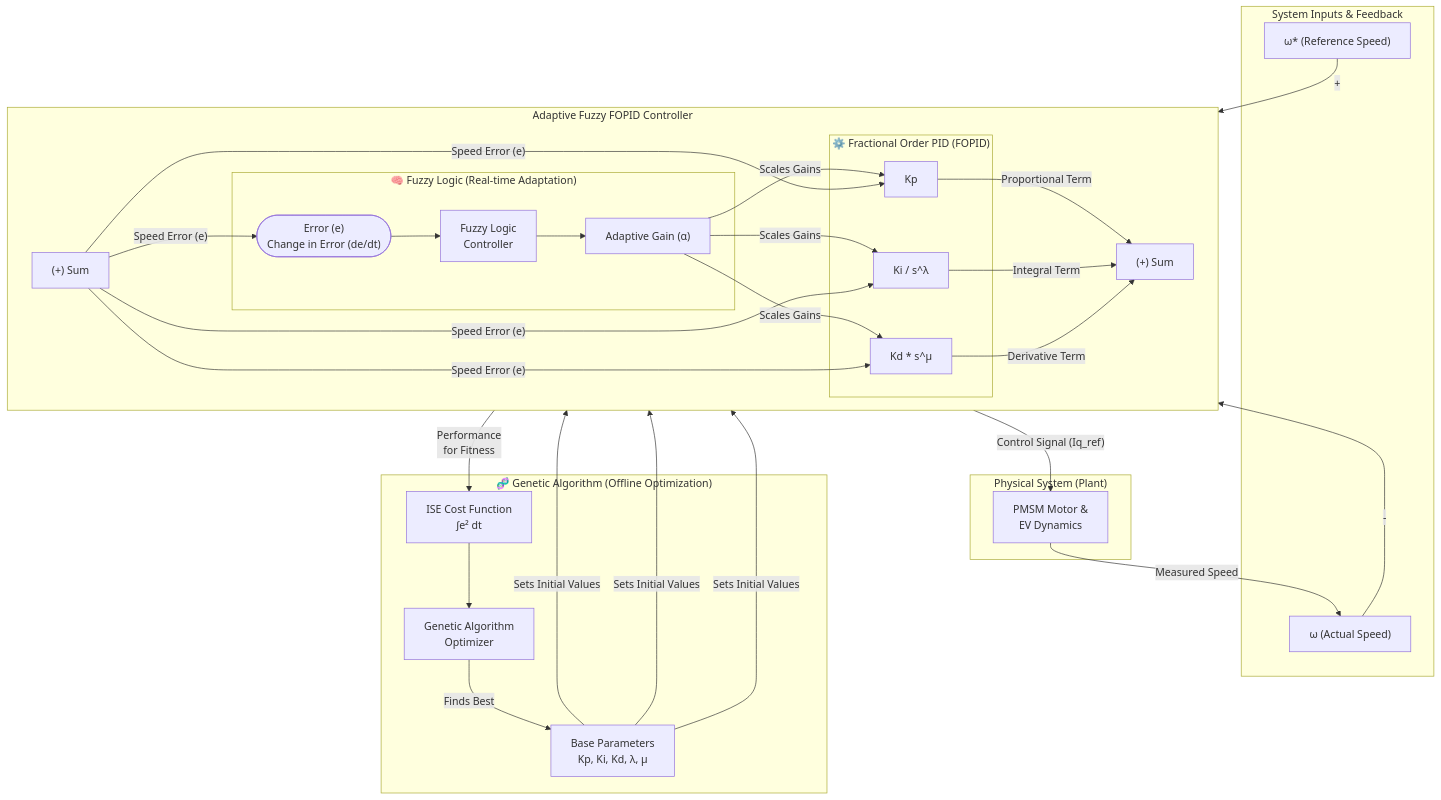
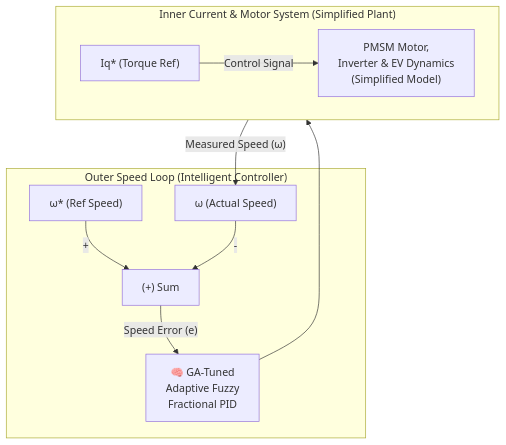
One commit to taha2samy/Implementation-of-Sime-et-al-2024-PMSM-Control changed the diagram in readme.md. Above: the diagram before and after it, drawn with Mermaid. The commit also changed other lines of this file and 21 other files, not shown here.

Commit message:
Refactor README.md: Update project title, enhance feature descriptions, and improve clarity on controller architecture for GA-Tuned Adaptive Fuzzy FOC dashboard.

````diff
--- a/readme.md
+++ b/readme.md
@@ -40,59 +39,25 @@
 ```mermaid
 graph TD
-    subgraph "System Inputs & Feedback"
-        RefSpeed["ω* (Reference Speed)"]
+    subgraph "Outer Speed Loop (Intelligent Controller)"
+        RefSpeed["ω* (Ref Speed)"]
         ActualSpeed["ω (Actual Speed)"]
+        SpeedErrorSub["(+) Sum"]
+        
+        GA_AFFFOPID["🧠 GA-Tuned<br>Adaptive Fuzzy<br>Fractional PID"]
+        
+        RefSpeed -- + --> SpeedErrorSub
+        ActualSpeed -- - --> SpeedErrorSub
+        SpeedErrorSub -- "Speed Error (e)" --> GA_AFFFOPID
     end
 
-    subgraph "Adaptive Fuzzy FOPID Controller"
+    subgraph "Inner Current & Motor System (Simplified Plant)"
         direction LR
-        ErrorSub["(+) Sum"]
+        Iq_ref["Iq* (Torque Ref)"]
+        GA_AFFFOPID --> Iq_ref
         
-        subgraph "🧠 Fuzzy Logic (Real-time Adaptation)"
-            FuzzyInput(["Error (e)<br>Change in Error (de/dt)"])
-            FLC["Fuzzy Logic<br>Controller"]
-            GainAlpha["Adaptive Gain (α)"]
-            FuzzyInput --> FLC --> GainAlpha
-        end
-
-        subgraph "⚙️ Fractional Order PID (FOPID)"
-            P["Kp"]
-            I["Ki / s^λ"]
-            D["Kd * s^μ"]
-        end
+        Plant["PMSM Motor,<br>Inverter & EV Dynamics<br>(Simplified Model)"]
+        Iq_ref -- "Control Signal" --> Plant
         
-        PIDSum["(+) Sum"]
-
-        GainAlpha -- Scales Gains --> P
-        GainAlpha -- Scales Gains --> I
-        GainAlpha -- Scales Gains --> D
-        
-        P -- Proportional Term --> PIDSum
-        I -- Integral Term --> PIDSum
-        D -- Derivative Term --> PIDSum
+        Plant -- "Measured Speed (ω)" --> ActualSpeed
     end
-
-    subgraph "🧬 Genetic Algorithm (Offline Optimization)"
-        GA["Genetic Algorithm<br>Optimizer"]
-        Fitness["ISE Cost Function<br>∫e² dt"]
-        GA -- Finds Best --> BaseParams["Base Parameters<br>Kp, Ki, Kd, λ, μ"]
-        BaseParams -- Sets Initial Values --> P
-        BaseParams -- Sets Initial Values --> I
-        BaseParams -- Sets Initial Values --> D
-        ErrorSub -- "Performance<br>for Fitness" --> Fitness --> GA
-    end
-
-    subgraph "Physical System (Plant)"
-        Plant["PMSM Motor &<br>EV Dynamics"]
-    end
-    
-    RefSpeed -- + --> ErrorSub
-    ActualSpeed -- - --> ErrorSub
-    ErrorSub -- "Speed Error (e)" --> FuzzyInput
-    ErrorSub -- "Speed Error (e)" --> I
-    ErrorSub -- "Speed Error (e)" --> P
-    ErrorSub -- "Speed Error (e)" --> D
-    
-    PIDSum -- "Control Signal (Iq_ref)" --> Plant
-    Plant -- "Measured Speed" --> ActualSpeed
 ```
````
